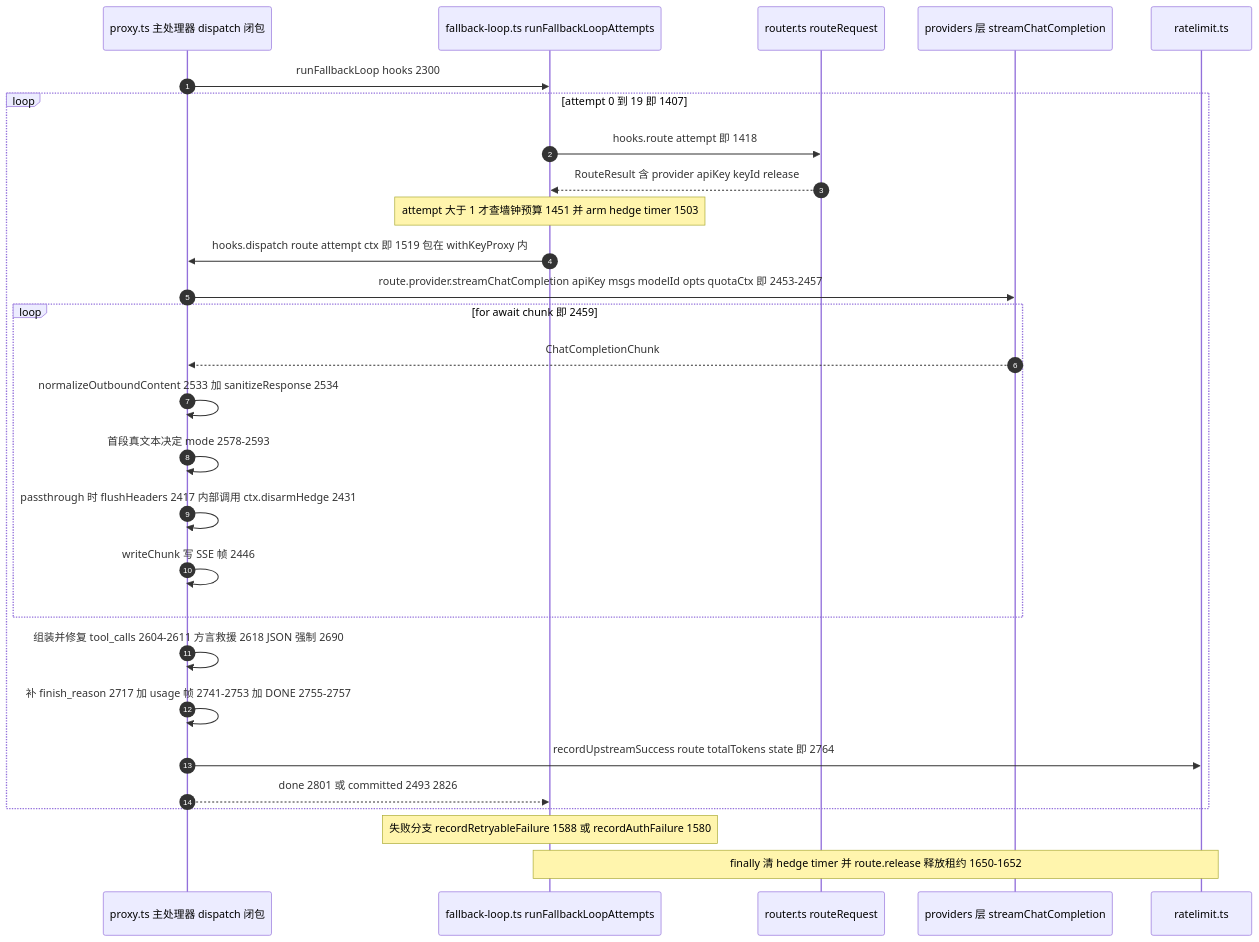
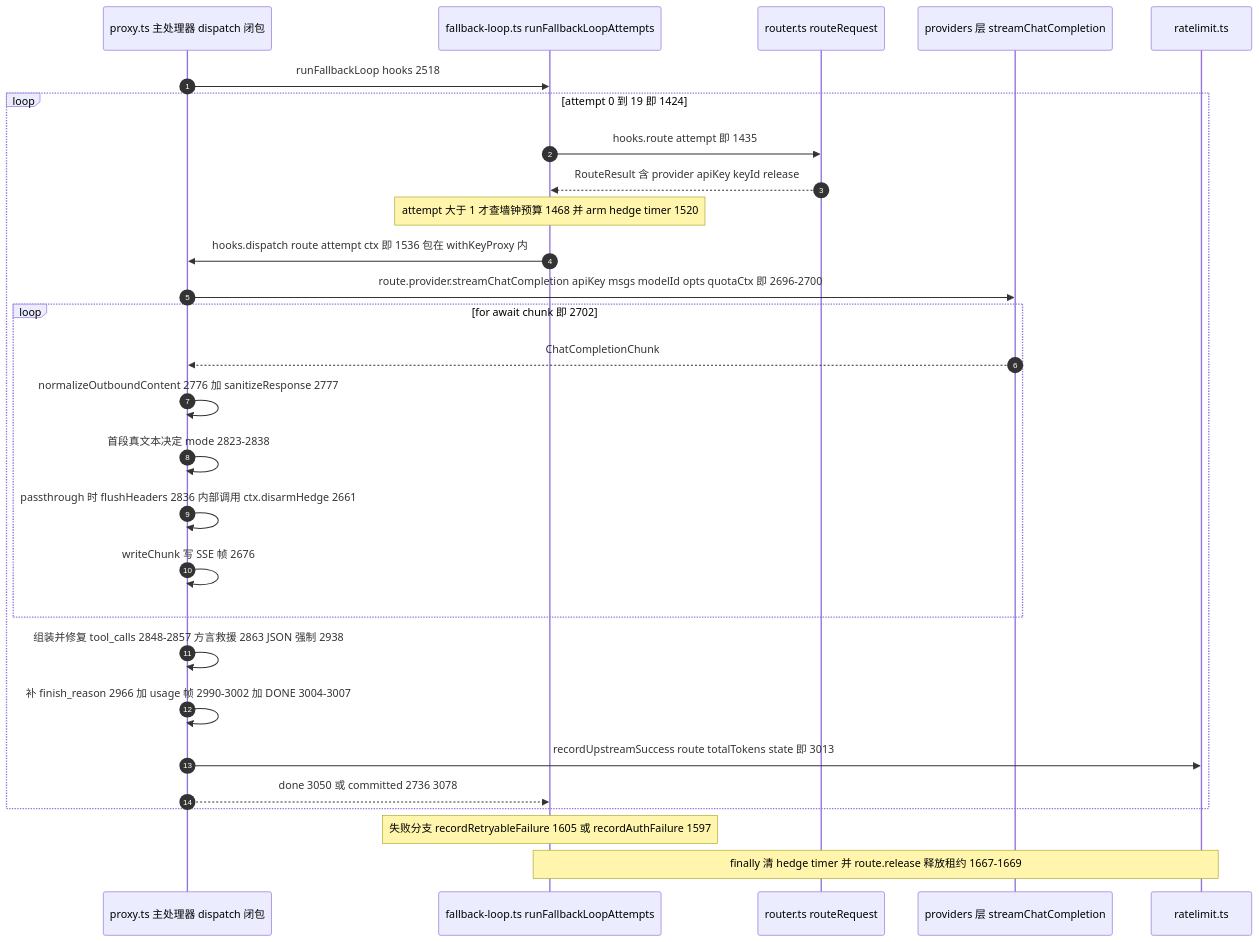
Before and after one commit to adrian9778/freellmapi: the sixth of 8 diagrams in docs/adrian/sourceReader/03-详细逐步说明-主链路拆解.md, drawn with Mermaid. The commit also changed other lines of this file and 12 other files, not shown here.

````diff
--- a/docs/adrian/sourceReader/03-详细逐步说明-主链路拆解.md
+++ b/docs/adrian/sourceReader/03-详细逐步说明-主链路拆解.md
@@ -409,31 +409,31 @@
 ```mermaid
 sequenceDiagram
     autonumber
     participant H as proxy.ts 主处理器 dispatch 闭包
     participant FL as fallback-loop.ts runFallbackLoopAttempts
     participant RT as router.ts routeRequest
     participant PV as providers 层 streamChatCompletion
     participant RL as ratelimit.ts
 
-    H->>FL: runFallbackLoop hooks 2300
-    loop attempt 0 到 19 即 1407
-        FL->>RT: hooks.route attempt 即 1418
+    H->>FL: runFallbackLoop hooks 2518
+    loop attempt 0 到 19 即 1424
+        FL->>RT: hooks.route attempt 即 1435
         RT-->>FL: RouteResult 含 provider apiKey keyId release
-        Note over FL: attempt 大于 1 才查墙钟预算 1451 并 arm hedge timer 1503
-        FL->>H: hooks.dispatch route attempt ctx 即 1519 包在 withKeyProxy 内
-        H->>PV: route.provider.streamChatCompletion apiKey msgs modelId opts quotaCtx 即 2453-2457
-        loop for await chunk 即 2459
+        Note over FL: attempt 大于 1 才查墙钟预算 1468 并 arm hedge timer 1520
+        FL->>H: hooks.dispatch route attempt ctx 即 1536 包在 withKeyProxy 内
+        H->>PV: route.provider.streamChatCompletion apiKey msgs modelId opts quotaCtx 即 2696-2700
+        loop for await chunk 即 2702
             PV-->>H: ChatCompletionChunk
-            H->>H: normalizeOutboundContent 2533 加 sanitizeResponse 2534
-            H->>H: 首段真文本决定 mode 2578-2593
-            H->>H: passthrough 时 flushHeaders 2417 内部调用 ctx.disarmHedge 2431
-            H->>H: writeChunk 写 SSE 帧 2446
+            H->>H: normalizeOutboundContent 2776 加 sanitizeResponse 2777
+            H->>H: 首段真文本决定 mode 2823-2838
+            H->>H: passthrough 时 flushHeaders 2836 内部调用 ctx.disarmHedge 2661
+            H->>H: writeChunk 写 SSE 帧 2676
         end
-        H->>H: 组装并修复 tool_calls 2604-2611 方言救援 2618 JSON 强制 2690
-        H->>H: 补 finish_reason 2717 加 usage 帧 2741-2753 加 DONE 2755-2757
-        H->>RL: recordUpstreamSuccess route totalTokens state 即 2764
-        H-->>FL: done 2801 或 committed 2493 2826
+        H->>H: 组装并修复 tool_calls 2848-2857 方言救援 2863 JSON 强制 2938
+        H->>H: 补 finish_reason 2966 加 usage 帧 2990-3002 加 DONE 3004-3007
+        H->>RL: recordUpstreamSuccess route totalTokens state 即 3013
+        H-->>FL: done 3050 或 committed 2736 3078
     end
-    Note over FL: 失败分支 recordRetryableFailure 1588 或 recordAuthFailure 1580
-    Note over FL,RL: finally 清 hedge timer 并 route.release 释放租约 1650-1652
+    Note over FL: 失败分支 recordRetryableFailure 1605 或 recordAuthFailure 1597
+    Note over FL,RL: finally 清 hedge timer 并 route.release 释放租约 1667-1669
 ```
````
